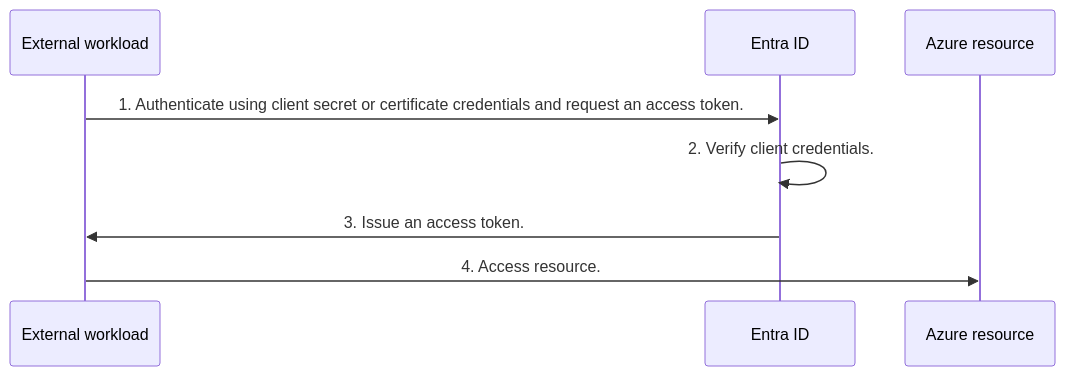
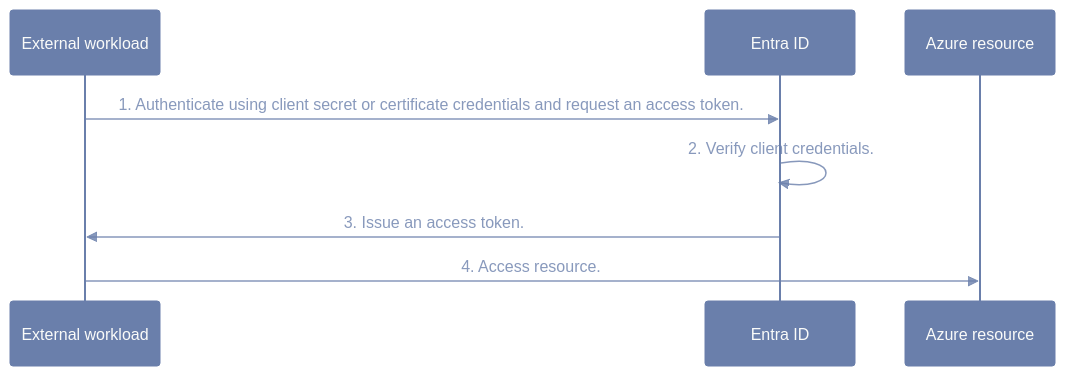
The first of 3 diagrams in _posts/2025-01-11-Workload-Identity-Federation-Hidden-Risks.md (lucas-ko/lucas-ko.github.io), drawn with Mermaid before and after one commit. The commit also changed other lines of this file, not shown here.

````diff
--- a/_posts/2025-01-11-Workload-Identity-Federation-Hidden-Risks.md
+++ b/_posts/2025-01-11-Workload-Identity-Federation-Hidden-Risks.md
@@ -29,10 +29,21 @@
 ```mermaid
-sequenceDiagram 
+%%{init:{
+  'theme':'base',
+  'themeVariables': {
+    'primaryColor':'#6A7FAB',
+    'primaryTextColor':'#FAFBF9',
+    'primaryBorderColor':'#6A7FAB',
+    'lineColor':'#6A7FABCC',
+    'textColor':'#6A7FABCC',
+    'fontSize':'16px'
+  }
+}}%%
+  sequenceDiagram 
     participant EW as External workload
     participant EID as Entra ID
     participant Az as Azure resource
     EW ->> EID: 1. Authenticate using client secret or certificate credentials and request an access token.
     EID ->> EID: 2. Verify client credentials.
     EID ->> EW: 3. Issue an access token.
     EW ->> Az: 4. Access resource.
 ```
````
